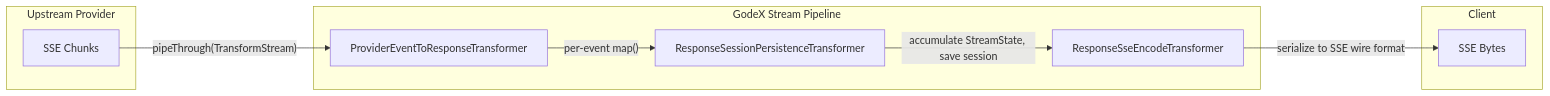
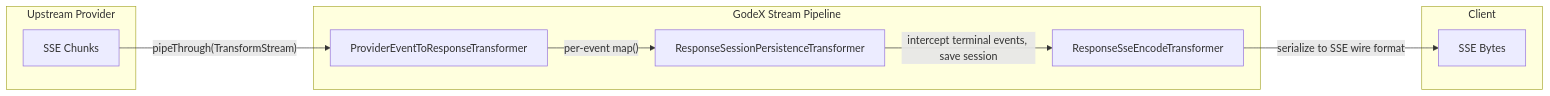
Before and after one commit to zamelee/GodeX: the diagram in wiki/02-architecture/stream-pipeline.md, drawn with Mermaid. The commit also changed other lines of this file and 36 other files, not shown here.

````diff
--- a/wiki/02-architecture/stream-pipeline.md
+++ b/wiki/02-architecture/stream-pipeline.md
@@ -13,21 +13,21 @@
 ```mermaid
 flowchart LR
   subgraph upstream["Upstream Provider"]
     SSE["SSE Chunks"]
   end
 
   subgraph godex["GodeX Stream Pipeline"]
     T1["ProviderEventToResponseTransformer"]
     T2["ResponseSessionPersistenceTransformer"]
     T3["ResponseSseEncodeTransformer"]
   end
 
   subgraph client["Client"]
     BYTES["SSE Bytes"]
   end
 
   SSE -->|"pipeThrough(TransformStream)"| T1
   T1 -->|"per-event map()"| T2
-  T2 -->|"accumulate StreamState, save session"| T3
+  T2 -->|"intercept terminal events, save session"| T3
   T3 -->|"serialize to SSE wire format"| BYTES
 ```
````
